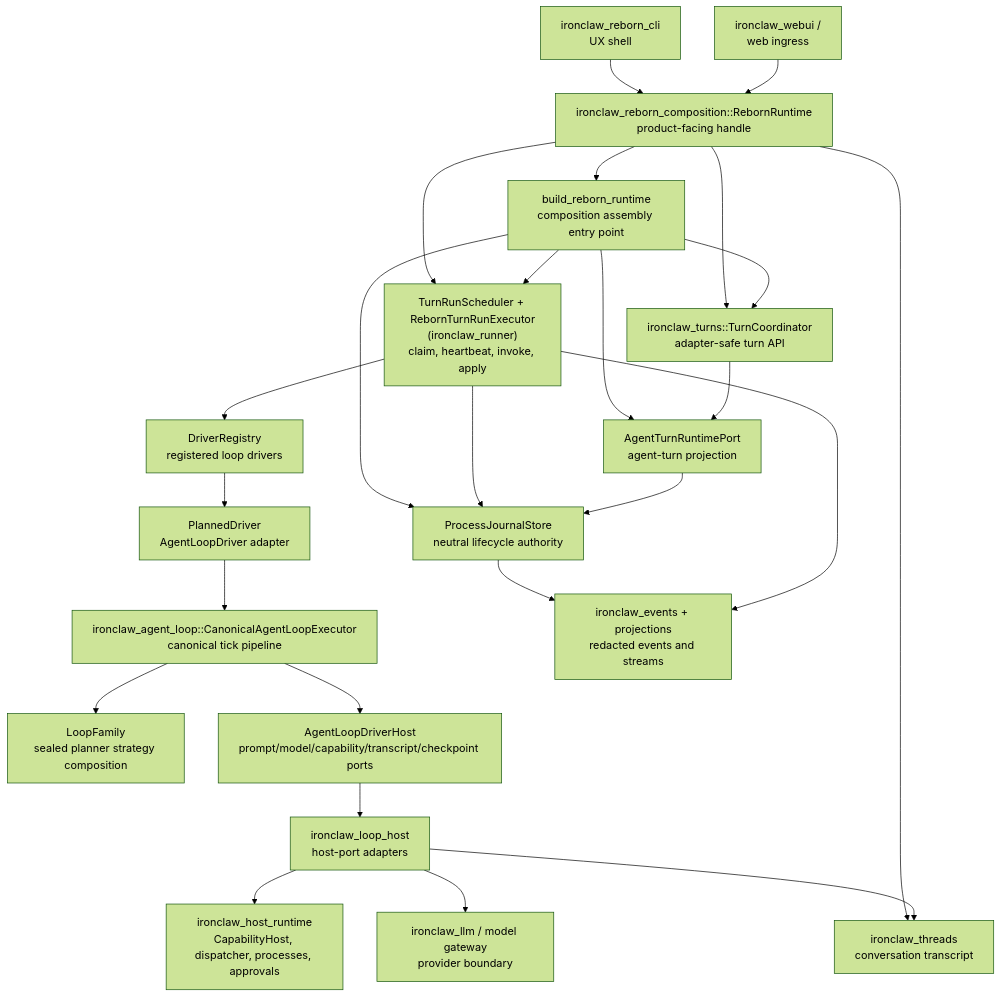
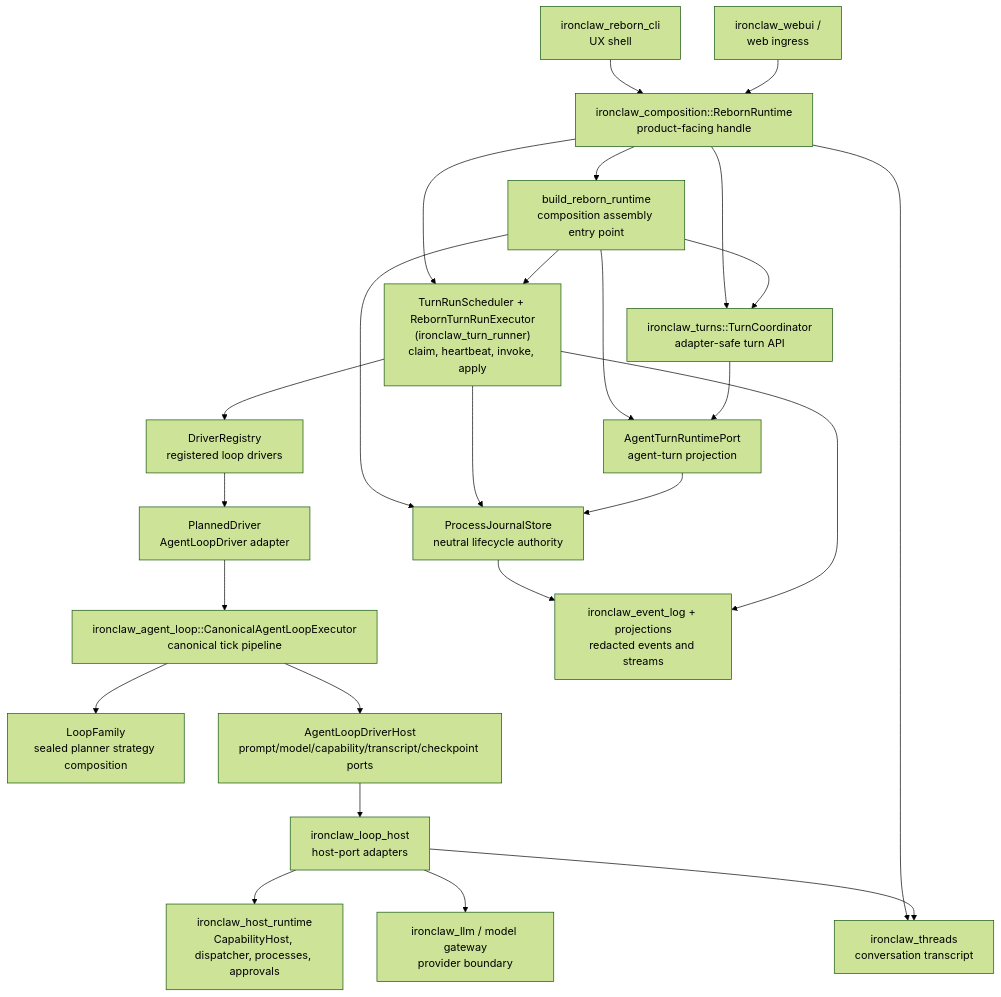
One commit to linhongyu510/ironclaw changed the second of 7 diagrams in crates/Architecture.md. Above: the diagram before and after it, drawn with Mermaid (forest theme). The commit also changed other lines of this file and 1392 other files, not shown here.

````diff
--- a/crates/Architecture.md
+++ b/crates/Architecture.md
@@ -290,46 +290,46 @@
 ```mermaid
 flowchart TD
     CLI["ironclaw_reborn_cli\nUX shell"]
     WebUI["ironclaw_webui /\nweb ingress"]
-    Runtime["ironclaw_reborn_composition::RebornRuntime\nproduct-facing handle"]
+    Runtime["ironclaw_composition::RebornRuntime\nproduct-facing handle"]
     Factory["build_reborn_runtime\ncomposition assembly entry point"]
     Coordinator["ironclaw_turns::TurnCoordinator\nadapter-safe turn API"]
     Processes["ProcessJournalStore\nneutral lifecycle authority"]
     TurnView["AgentTurnRuntimePort\nagent-turn projection"]
-    Worker["TurnRunScheduler + RebornTurnRunExecutor\n(ironclaw_runner)\nclaim, heartbeat, invoke, apply"]
+    Worker["TurnRunScheduler + RebornTurnRunExecutor\n(ironclaw_turn_runner)\nclaim, heartbeat, invoke, apply"]
     Registry["DriverRegistry\nregistered loop drivers"]
     Planned["PlannedDriver\nAgentLoopDriver adapter"]
     Executor["ironclaw_agent_loop::CanonicalAgentLoopExecutor\ncanonical tick pipeline"]
     Family["LoopFamily\nsealed planner strategy composition"]
     Host["AgentLoopDriverHost\nprompt/model/capability/transcript/checkpoint ports"]
     LoopSupport["ironclaw_loop_host\nhost-port adapters"]
     HostRuntime["ironclaw_host_runtime\nCapabilityHost, dispatcher, processes, approvals"]
     LLM["ironclaw_llm / model gateway\nprovider boundary"]
     Threads["ironclaw_threads\nconversation transcript"]
-    Events["ironclaw_events + projections\nredacted events and streams"]
+    Events["ironclaw_event_log + projections\nredacted events and streams"]
 
     CLI --> Runtime
     WebUI --> Runtime
     Runtime --> Factory
     Runtime --> Threads
     Runtime --> Coordinator
     Runtime --> Worker
     Factory --> Coordinator
     Factory --> Processes
     Factory --> TurnView
     Factory --> Worker
     Worker --> Processes
     Worker --> Registry
     Registry --> Planned
     Planned --> Executor
     Executor --> Family
     Executor --> Host
     Host --> LoopSupport
     LoopSupport --> HostRuntime
     LoopSupport --> LLM
     LoopSupport --> Threads
     Coordinator --> TurnView
     TurnView --> Processes
     Processes --> Events
     Worker --> Events
 ```
````
